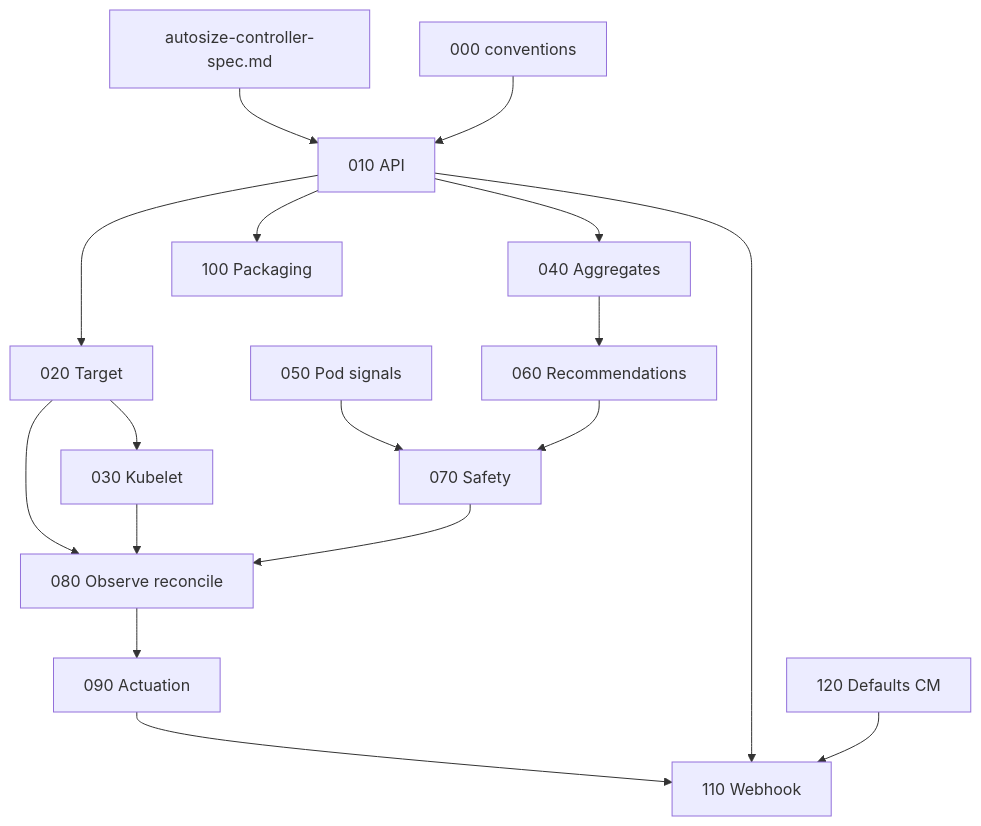
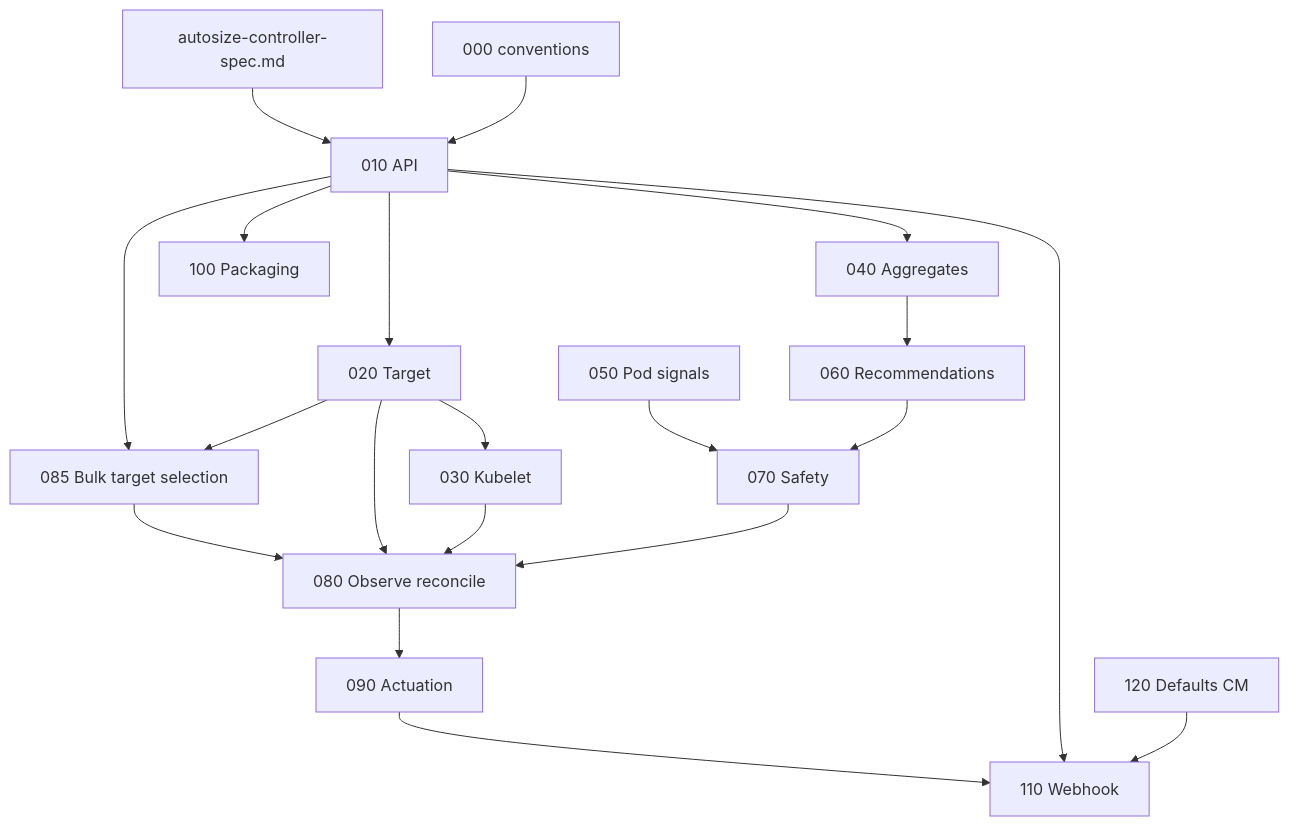
The diagram in docs/LLD/autosize/README.md (muandane/saturdai), drawn with Mermaid before and after one commit. The commit also changed other lines of this file and 2 other files, not shown here.

Commit message:
docs (autosize): add LLD for bulk target selection

````diff
--- a/docs/LLD/autosize/README.md
+++ b/docs/LLD/autosize/README.md
@@ -78,33 +80,37 @@
 ```mermaid
 flowchart TB
   spec[autosize-controller-spec.md]
   c0[000 conventions]
   api[010 API]
   tgt[020 Target]
   kube[030 Kubelet]
   agg[040 Aggregates]
   pod[050 Pod signals]
   rec[060 Recommendations]
   safe[070 Safety]
   obs[080 Observe reconcile]
+  bulk[085 Bulk target selection]
   act[090 Actuation]
   pkg[100 Packaging]
   wh[110 Webhook]
   cm[120 Defaults CM]
   spec --> api
   c0 --> api
   api --> tgt
+  api --> bulk
+  tgt --> bulk
   api --> agg
   tgt --> kube
+  bulk --> obs
   tgt --> obs
   kube --> obs
   agg --> rec
   pod --> safe
   rec --> safe
   safe --> obs
   obs --> act
   api --> pkg
   act --> wh
   api --> wh
   cm --> wh
 ```
````
